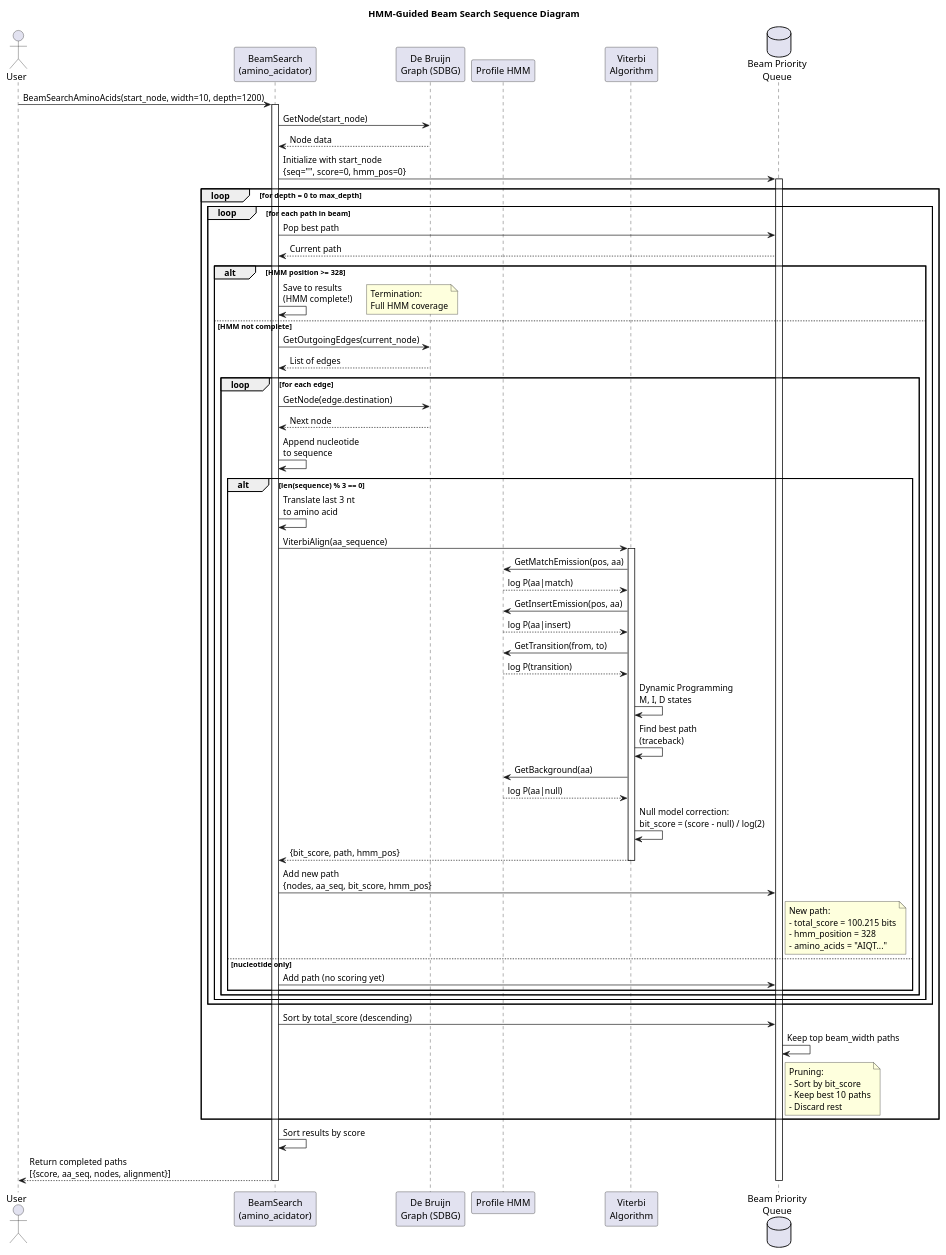
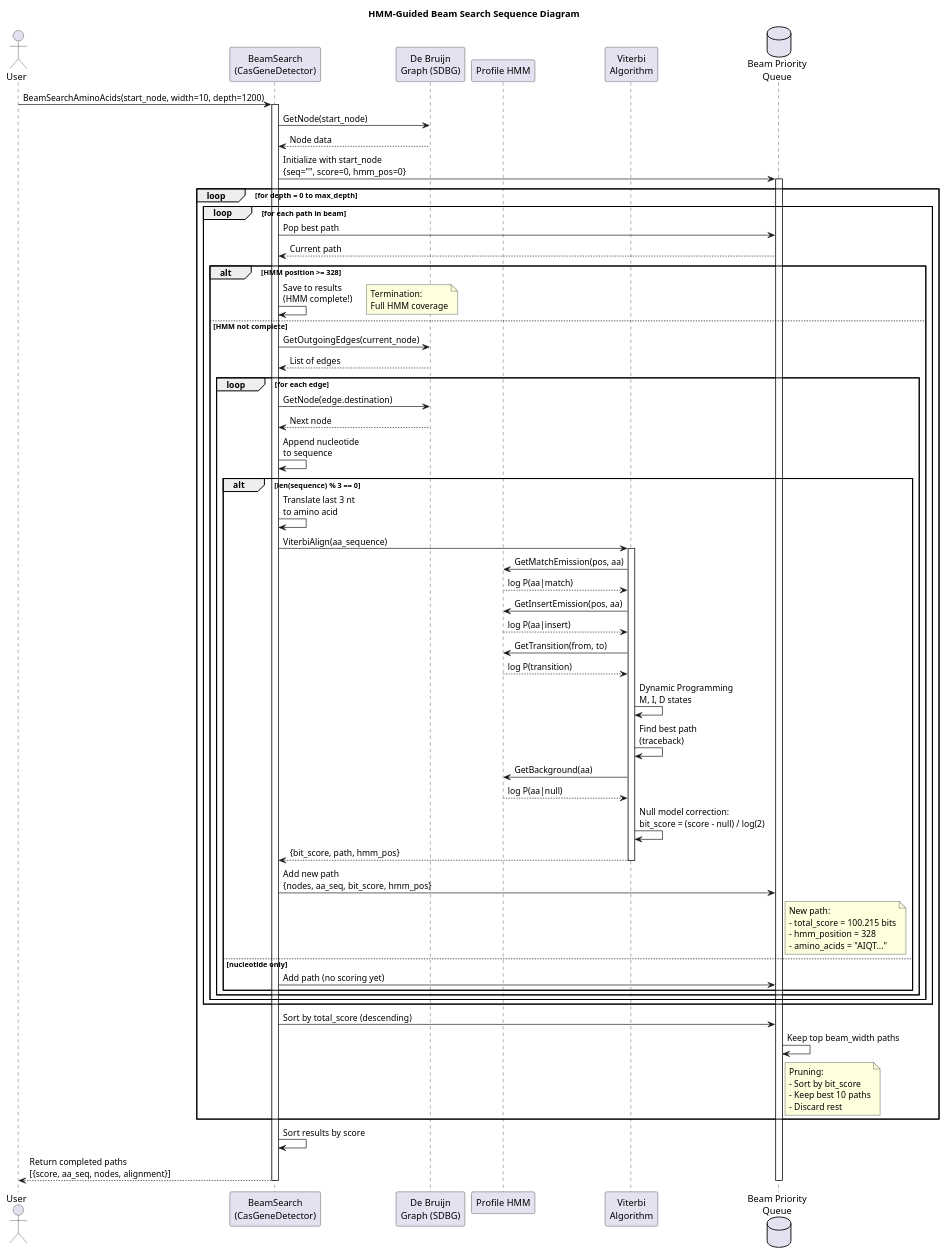
Before and after one commit to RNABioInfo/mcaat: the diagram in sequence_diagram.puml, drawn with PlantUML. The commit also changed 7 other files, not shown here.

```diff
--- a/sequence_diagram.puml
+++ b/sequence_diagram.puml
@@ -1,108 +1,108 @@
 @startuml HMM_Beam_Search_Sequence
 
 ' Paste this into: https://www.planttext.com/
 ' Or: http://www.plantuml.com/plantuml/uml/
 
 title HMM-Guided Beam Search Sequence Diagram
 
 actor User
-participant "BeamSearch\n(amino_acidator)" as Beam
+participant "BeamSearch\n(CasGeneDetector)" as Beam
 participant "De Bruijn\nGraph (SDBG)" as Graph
 participant "Profile HMM" as HMM
 participant "Viterbi\nAlgorithm" as Viterbi
 database "Beam Priority\nQueue" as Queue
 
 User -> Beam: BeamSearchAminoAcids(start_node, width=10, depth=1200)
 activate Beam
 
 Beam -> Graph: GetNode(start_node)
 Graph --> Beam: Node data
 
 Beam -> Queue: Initialize with start_node\n{seq="", score=0, hmm_pos=0}
 activate Queue
 
 loop for depth = 0 to max_depth
     
     loop for each path in beam
         
         Beam -> Queue: Pop best path
         Queue --> Beam: Current path
         
         alt HMM position >= 328
             Beam -> Beam: Save to results\n(HMM complete!)
             note right: Termination:\nFull HMM coverage
         else HMM not complete
             
             Beam -> Graph: GetOutgoingEdges(current_node)
             Graph --> Beam: List of edges
             
             loop for each edge
                 Beam -> Graph: GetNode(edge.destination)
                 Graph --> Beam: Next node
                 
                 Beam -> Beam: Append nucleotide\nto sequence
                 
                 alt len(sequence) % 3 == 0
                     Beam -> Beam: Translate last 3 nt\nto amino acid
                     
                     Beam -> Viterbi: ViterbiAlign(aa_sequence)
                     activate Viterbi
                     
                     Viterbi -> HMM: GetMatchEmission(pos, aa)
                     HMM --> Viterbi: log P(aa|match)
                     
                     Viterbi -> HMM: GetInsertEmission(pos, aa)
                     HMM --> Viterbi: log P(aa|insert)
                     
                     Viterbi -> HMM: GetTransition(from, to)
                     HMM --> Viterbi: log P(transition)
                     
                     Viterbi -> Viterbi: Dynamic Programming\nM, I, D states
                     
                     Viterbi -> Viterbi: Find best path\n(traceback)
                     
                     Viterbi -> HMM: GetBackground(aa)
                     HMM --> Viterbi: log P(aa|null)
                     
                     Viterbi -> Viterbi: Null model correction:\nbit_score = (score - null) / log(2)
                     
                     Viterbi --> Beam: {bit_score, path, hmm_pos}
                     deactivate Viterbi
                     
                     Beam -> Queue: Add new path\n{nodes, aa_seq, bit_score, hmm_pos}
                     
                     note right of Queue
                         New path:
                         - total_score = 100.215 bits
                         - hmm_position = 328
                         - amino_acids = "AIQT..."
                     end note
                 else nucleotide only
                     Beam -> Queue: Add path (no scoring yet)
                 end
                 
             end
             
         end
         
     end
     
     Beam -> Queue: Sort by total_score (descending)
     Queue -> Queue: Keep top beam_width paths
     
     note right of Queue
         Pruning:
         - Sort by bit_score
         - Keep best 10 paths
         - Discard rest
     end note
     
 end
 
 Beam -> Beam: Sort results by score
 Beam --> User: Return completed paths\n[{score, aa_seq, nodes, alignment}]
 
 deactivate Queue
 deactivate Beam
 
 @enduml
```
